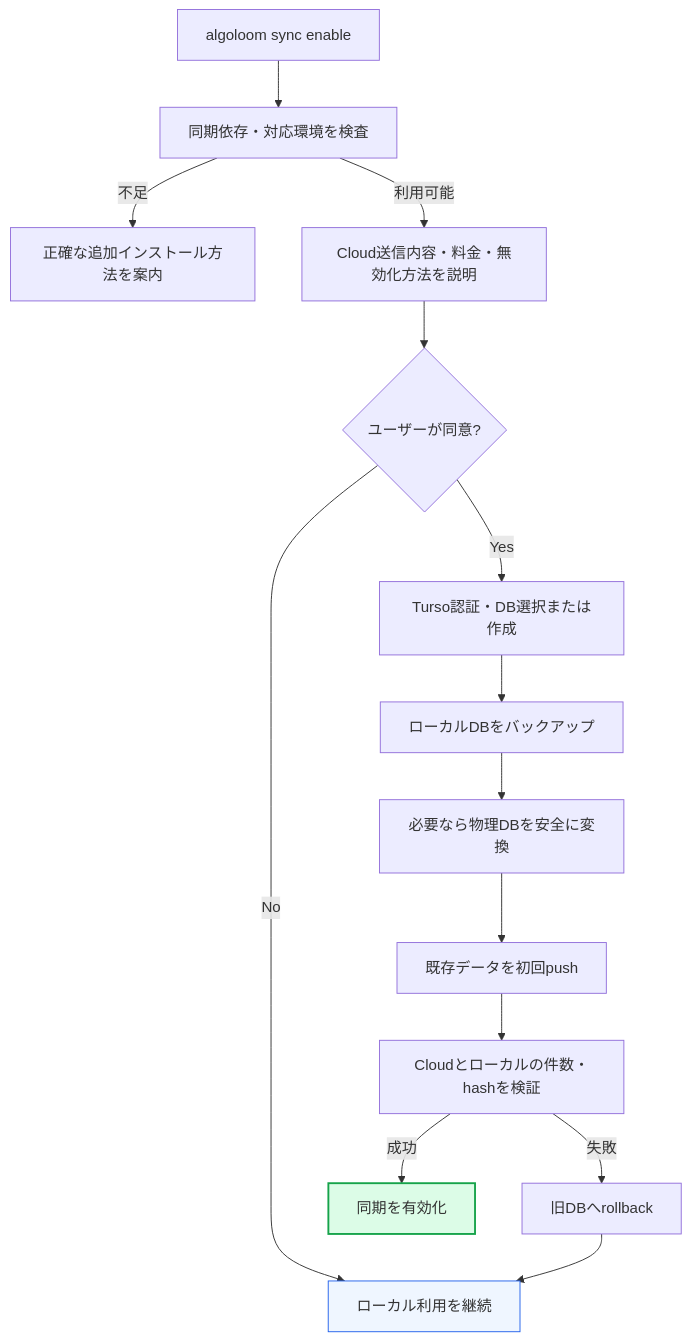
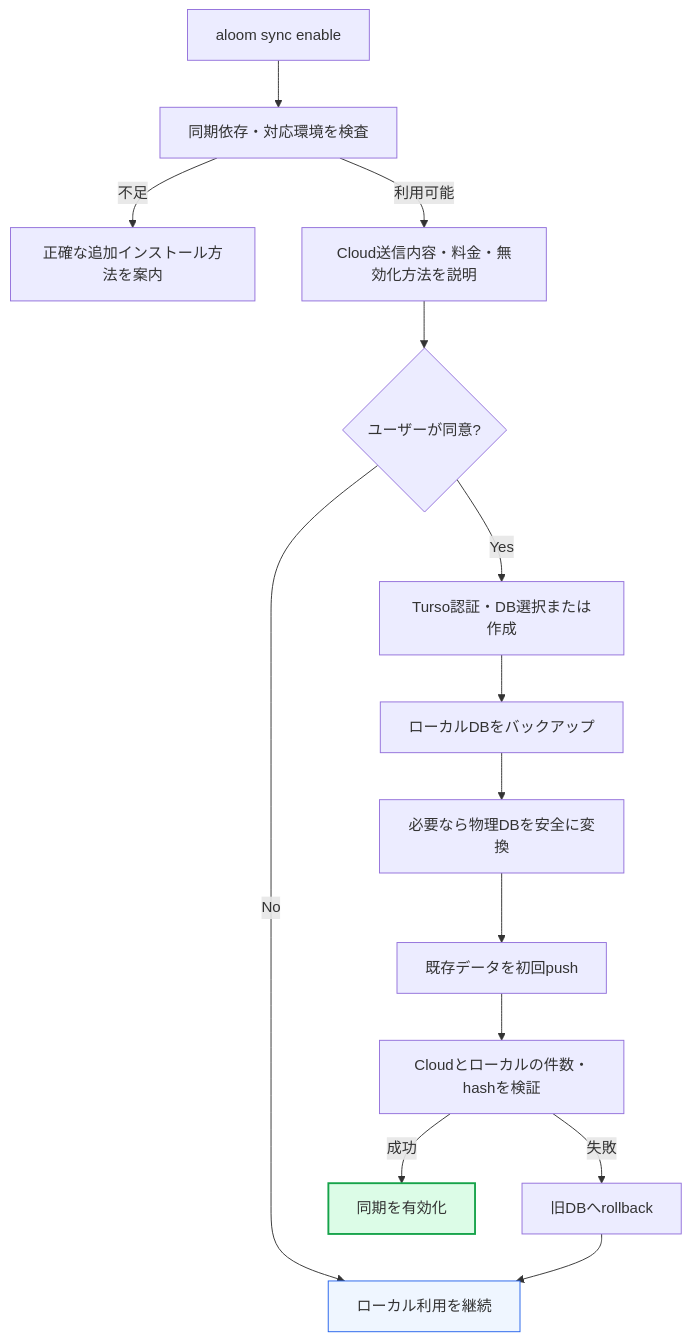
Before and after one commit to mgmaru/algo-loom: the sixth of 11 diagrams in database/local-and-cloud-sync-design.md, drawn with Mermaid. The commit also changed other lines of this file and 7 other files, not shown here.

````diff
--- a/database/local-and-cloud-sync-design.md
+++ b/database/local-and-cloud-sync-design.md
@@ -397,19 +397,19 @@
 ```mermaid
 flowchart TD
-    A[algoloom sync enable] --> B[同期依存・対応環境を検査]
+    A[aloom sync enable] --> B[同期依存・対応環境を検査]
     B -->|不足| X[正確な追加インストール方法を案内]
     B -->|利用可能| C[Cloud送信内容・料金・無効化方法を説明]
     C --> D{ユーザーが同意?}
     D -->|No| Z[ローカル利用を継続]
     D -->|Yes| E[Turso認証・DB選択または作成]
     E --> F[ローカルDBをバックアップ]
     F --> G[必要なら物理DBを安全に変換]
     G --> H[既存データを初回push]
     H --> I[Cloudとローカルの件数・hashを検証]
     I -->|成功| J[同期を有効化]
     I -->|失敗| K[旧DBへrollback]
     K --> Z
 
     style J fill:#dcfce7,stroke:#16a34a,stroke-width:2px
     style Z fill:#eff6ff,stroke:#2563eb
 ```
````
